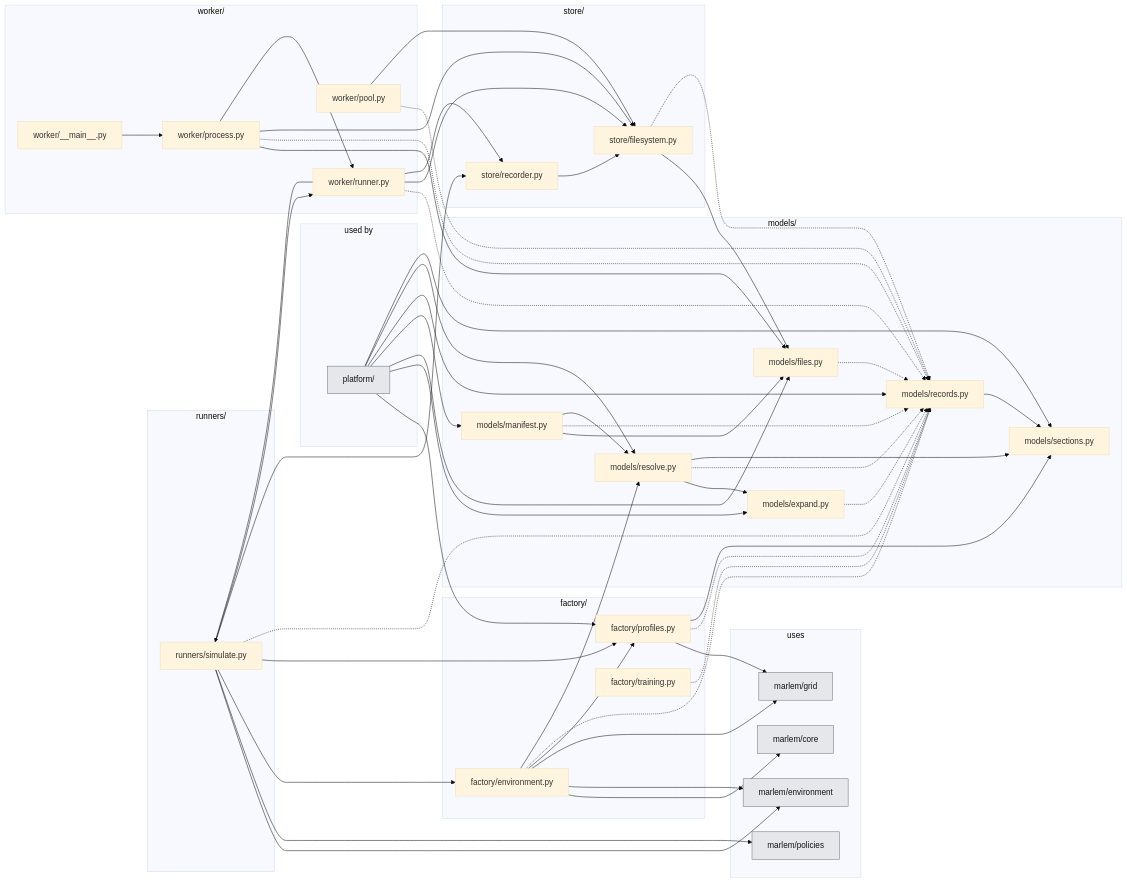
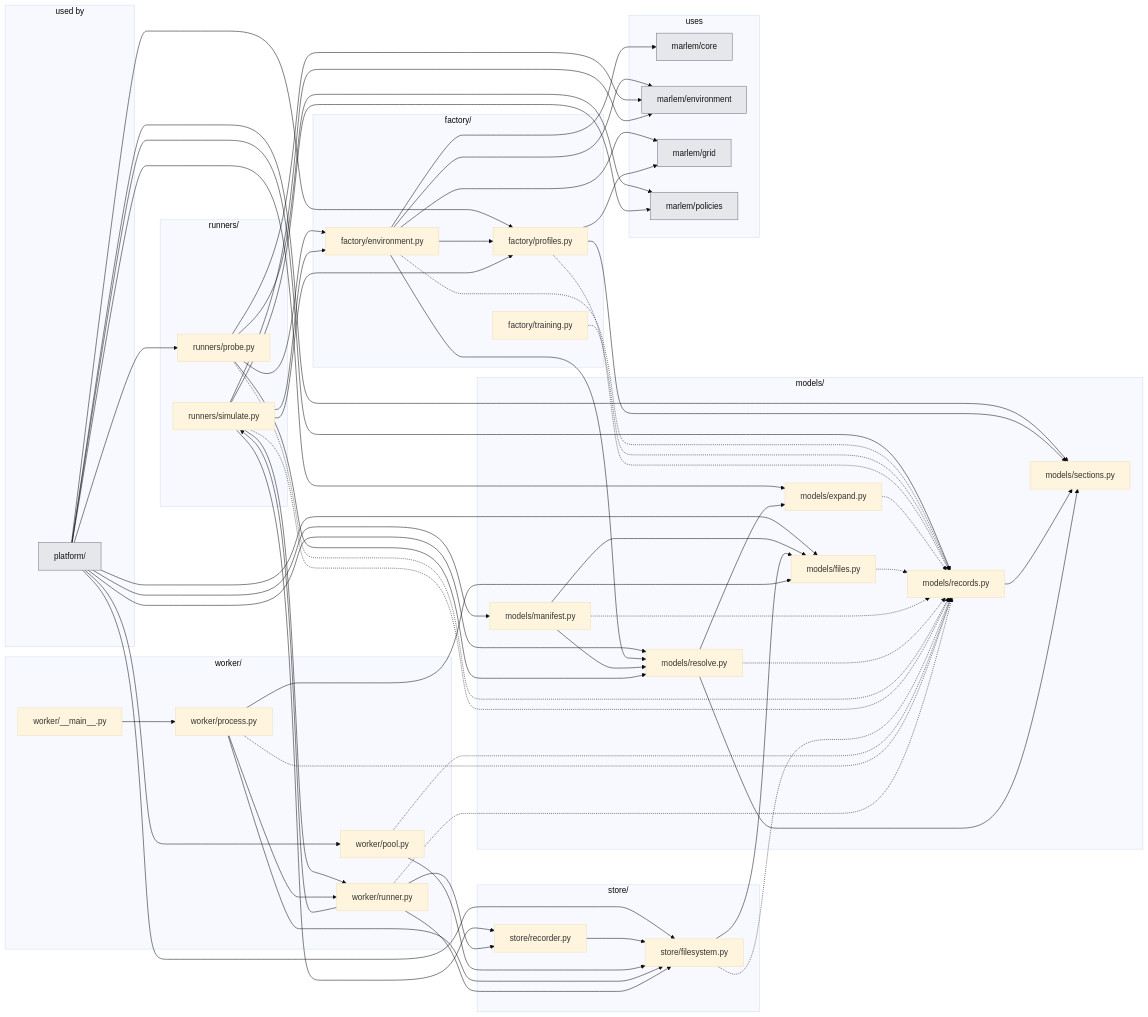
Before and after one commit to KevinRapo/P2P-thesis: the second of 4 diagrams in docs_thesis/thesis/architecture/03-experiment-layer.md, drawn with Mermaid (base theme). The commit also changed 13 other files, not shown here.

```diff
--- a/docs_thesis/thesis/architecture/03-experiment-layer.md
+++ b/docs_thesis/thesis/architecture/03-experiment-layer.md
@@ -61,6 +61,7 @@
     n_platform_experiments_models_sections["models/sections.py"]
   end
   subgraph g_runners["runners/"]
+    n_platform_experiments_runners_probe["runners/probe.py"]
     n_platform_experiments_runners_simulate["runners/simulate.py"]
   end
   subgraph g_store["store/"]
@@ -86,6 +87,9 @@
   n_platform__users_ --> n_platform_experiments_models_records
   n_platform__users_ --> n_platform_experiments_models_resolve
   n_platform__users_ --> n_platform_experiments_models_sections
+  n_platform__users_ --> n_platform_experiments_runners_probe
+  n_platform__users_ --> n_platform_experiments_store_filesystem
+  n_platform__users_ --> n_platform_experiments_worker_pool
   n_platform_experiments_factory_environment --> n_marlem_core
   n_platform_experiments_factory_environment --> n_marlem_environment
   n_platform_experiments_factory_environment --> n_marlem_grid
@@ -105,6 +109,11 @@
   n_platform_experiments_models_resolve --> n_platform_experiments_models_expand
   n_platform_experiments_models_resolve -.-> n_platform_experiments_models_records
   n_platform_experiments_models_resolve --> n_platform_experiments_models_sections
+  n_platform_experiments_runners_probe --> n_marlem_environment
+  n_platform_experiments_runners_probe --> n_marlem_policies
+  n_platform_experiments_runners_probe --> n_platform_experiments_factory_environment
+  n_platform_experiments_runners_probe -.-> n_platform_experiments_models_records
+  n_platform_experiments_runners_probe --> n_platform_experiments_models_resolve
   n_platform_experiments_runners_simulate --> n_marlem_environment
   n_platform_experiments_runners_simulate --> n_marlem_policies
   n_platform_experiments_runners_simulate --> n_platform_experiments_factory_environment
```
